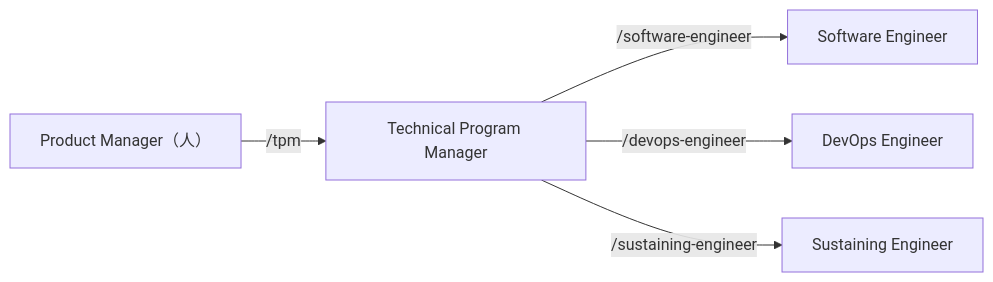
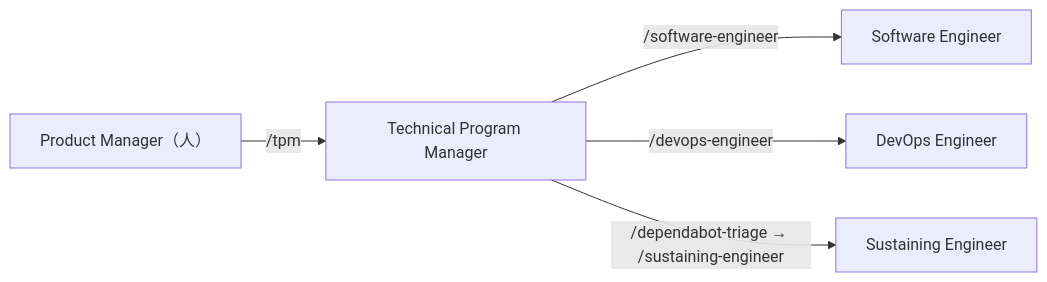
Before and after one commit to uraitakahito/roster: the diagram in docs-site/src/content/docs/index.md, drawn with Mermaid. The commit also changed other lines of this file and 11 other files, not shown here.

````diff
--- a/docs-site/src/content/docs/index.md
+++ b/docs-site/src/content/docs/index.md
@@ -18,7 +20,7 @@
 ```mermaid
 flowchart LR
   PM["Product Manager（人）"] -->|"/tpm"| TPM["Technical Program Manager"]
   TPM -->|"/software-engineer"| SE["Software Engineer"]
   TPM -->|"/devops-engineer"| DE["DevOps Engineer"]
-  TPM -->|"/sustaining-engineer"| SU["Sustaining Engineer"]
+  TPM -->|"/dependabot-triage → /sustaining-engineer"| SU["Sustaining Engineer"]
 ```
````
